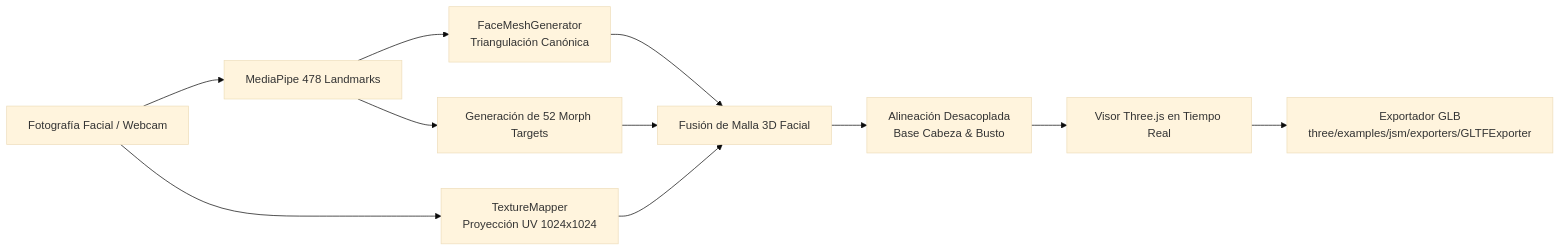
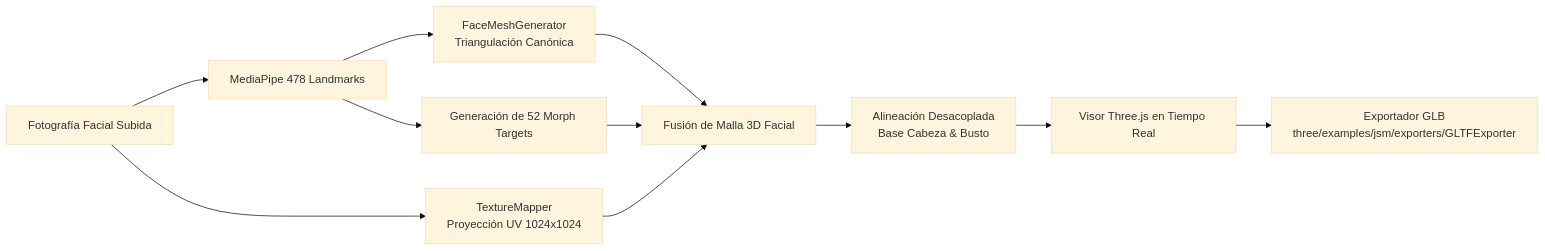
Before and after one commit to qwertyui1980/3dchat: the third of 3 diagrams in TECH_REFERENCE.md, drawn with Mermaid (base theme). The commit also changed other lines of this file and 31 other files, not shown here.

````diff
--- a/TECH_REFERENCE.md
+++ b/TECH_REFERENCE.md
@@ -257,11 +266,11 @@
 ```mermaid
 flowchart LR
-    Photo[Fotografía Facial / Webcam] --> Detect[MediaPipe 478 Landmarks]
+    Photo[Fotografía Facial Subida] --> Detect[MediaPipe 478 Landmarks]
     Detect --> MeshGen[FaceMeshGenerator\nTriangulación Canónica]
     Photo --> TexMap[TextureMapper\nProyección UV 1024x1024]
     Detect --> BlendGen[Generación de 52 Morph Targets]
     MeshGen & TexMap & BlendGen --> Composite[Fusión de Malla 3D Facial]
     Composite --> Align[Alineación Desacoplada\nBase Cabeza & Busto]
     Align --> Viewport[Visor Three.js en Tiempo Real]
     Viewport --> Export[Exportador GLB\nthree/examples/jsm/exporters/GLTFExporter]
 ```
````
